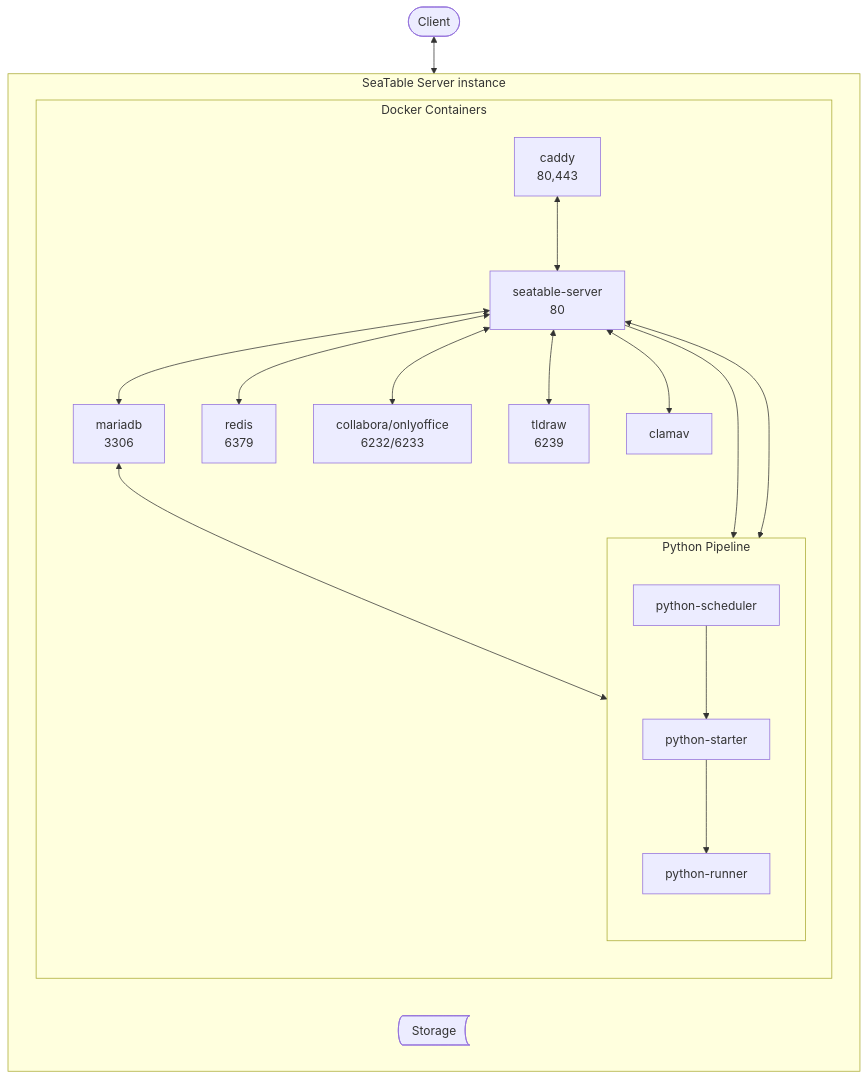
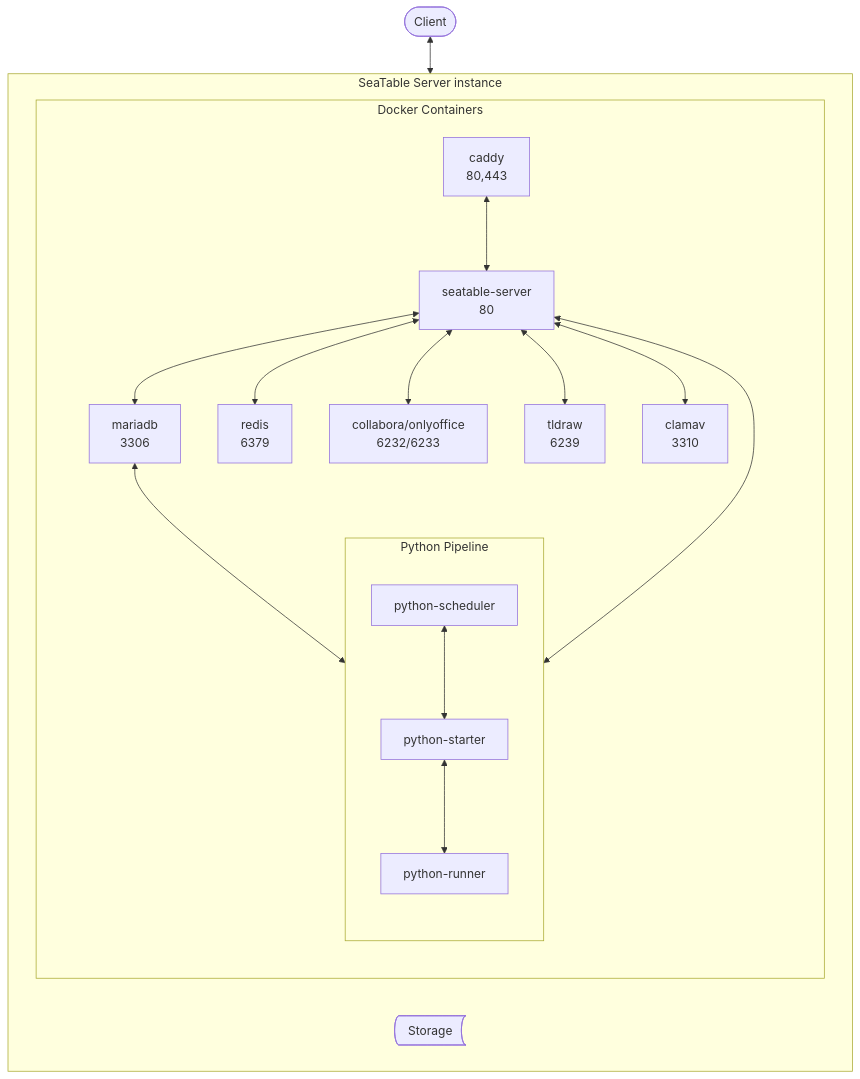
The second of 3 diagrams in docs/introduction/architecture.md (seatable/seatable-admin-docs), drawn with Mermaid before and after one commit.

Commit message:
Updated architecture of optional servies
* Added port for clamav
* Modified integration of Python pipeline

````diff
--- a/docs/introduction/architecture.md
+++ b/docs/introduction/architecture.md
@@ -33,36 +33,35 @@
 ```mermaid
 flowchart TB
     Client@{ shape: pill, label: "Client"}
     Client<-->C
     subgraph s[SeaTable Server instance]
         direction LR
         subgraph d[Docker Containers]
             direction TB
             C[caddy<br/>80,443]
             SS[seatable-server<br/>80]
             MDB[mariadb<br/>3306]
             R[redis<br/>6379]
             OO[collabora/onlyoffice<br/>6232/6233]
             Tld[tldraw<br/>6239]
-            CAV[clamav<br/>]
+            CAV[clamav<br/>3310]
             PSc[python-scheduler]
             PSt[python-starter]
             PR[python-runner]
             C<-->SS
             SS<-->MDB
             MDB<-->PSc
                subgraph p[Python Pipeline]
                   direction TB
-                  PSc-->PSt
-                  PSt-->PR
+                  PSc<-->PSt
+                  PSt<-->PR
                end
             SS<-->R
             SS<-->OO
             SS<-->Tld
             SS<-->CAV
-            SS-->PSc
-            SS<-->PR
+            SS<-->PSc
         end
         F@{ shape: bow-rect, label: "Storage"}
     end
 ```
````
